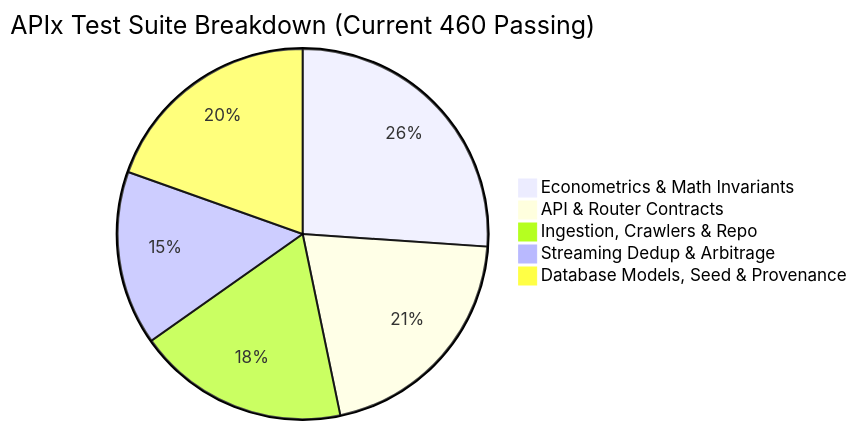
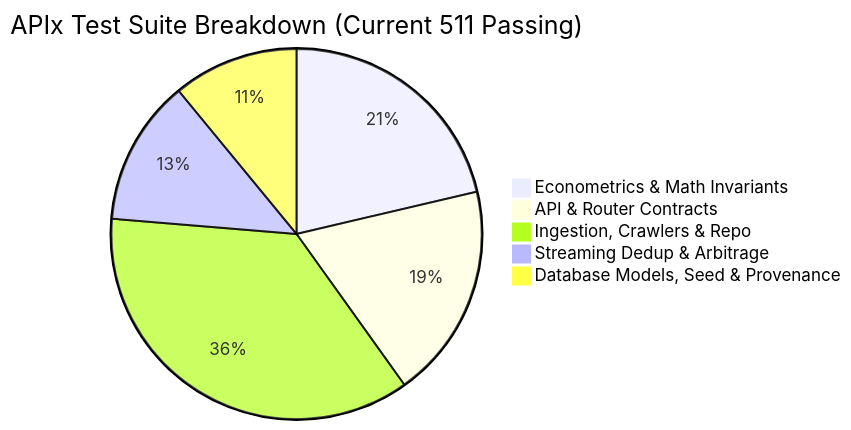
Before and after one commit to SameerKumar05/APIx: the fifth of 5 diagrams in docs/APIX_MASTER_SPECIFICATION.md, drawn with Mermaid. The commit also changed other lines of this file and 13 other files, not shown here.

First line of the commit message:
feat(ingestion): persist first provenance-audited live fares (issue #16)

````diff
--- a/docs/APIX_MASTER_SPECIFICATION.md
+++ b/docs/APIX_MASTER_SPECIFICATION.md
@@ -747,8 +747,8 @@
 ```mermaid
-pie title APIx Test Suite Breakdown (Current 460 Passing)
-    "Econometrics & Math Invariants" : 120
-    "API & Router Contracts" : 95
-    "Ingestion, Crawlers & Repo" : 85
-    "Streaming Dedup & Arbitrage" : 70
-    "Database Models, Seed & Provenance" : 90
+pie title APIx Test Suite Breakdown (Current 511 Passing)
+    "Econometrics & Math Invariants" : 109
+    "API & Router Contracts" : 96
+    "Ingestion, Crawlers & Repo" : 185
+    "Streaming Dedup & Arbitrage" : 65
+    "Database Models, Seed & Provenance" : 56
 ```
````
